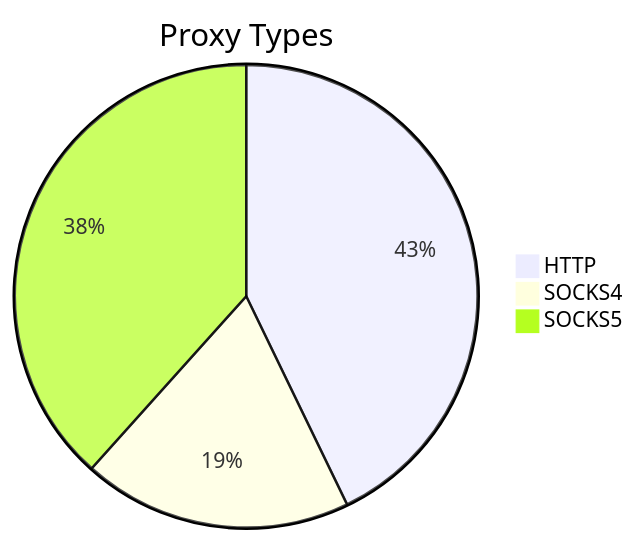
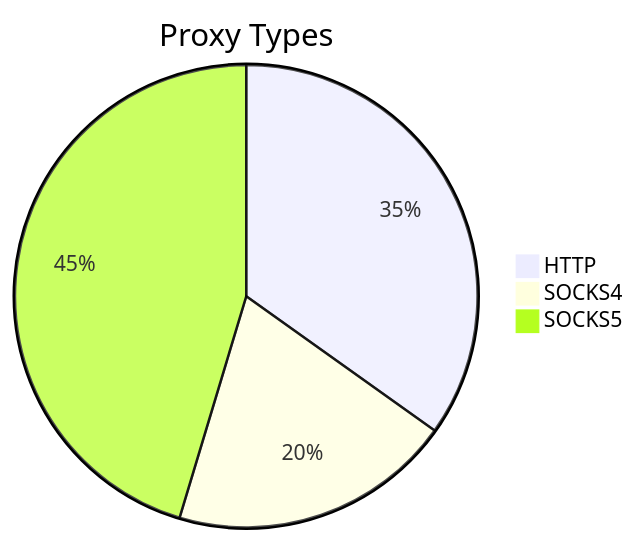
Before and after one commit to stormsia/proxy-list: the first of 2 diagrams in README.md, drawn with Mermaid. The commit also changed other lines of this file, not shown here.

````diff
--- a/README.md
+++ b/README.md
@@ -21,6 +21,6 @@
 ```mermaid
 pie title Proxy Types
-    "HTTP" : 182
-    "SOCKS4" : 80
-    "SOCKS5" : 163
+    "HTTP" : 176
+    "SOCKS4" : 100
+    "SOCKS5" : 229
 ```
````
